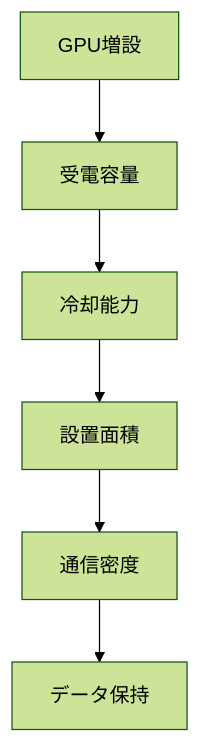
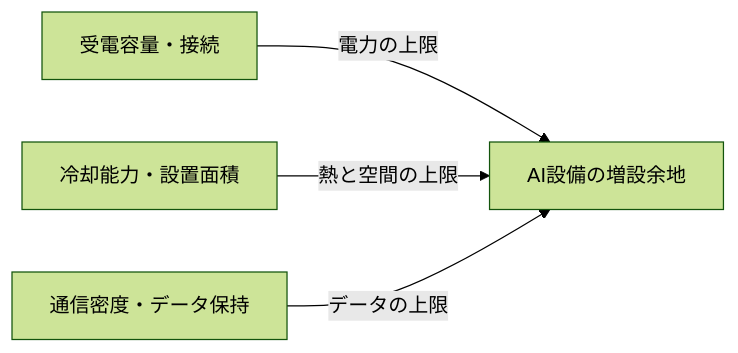
The second of 2 diagrams in articles/report/post-semiconductor-ai-infrastructure/ja/index.mdx (daylight55/research), drawn with Mermaid (forest theme) before and after one commit. The commit also changed other lines of this file and 181 other files, not shown here.

First line of the commit message:
全記事の図解368点を再生成し、共通注意書きを削除 (#402)

````diff
--- a/articles/report/post-semiconductor-ai-infrastructure/ja/index.mdx
+++ b/articles/report/post-semiconductor-ai-infrastructure/ja/index.mdx
@@ -50,8 +61,12 @@
 ```mermaid
-flowchart TD
-  A["GPU増設"] --> B["受電容量"]
-  B --> C["冷却能力"]
-  C --> D["設置面積"]
-  D --> E["通信密度"]
-  E --> F["データ保持"]
+flowchart LR
+  accTitle: AI設備のボトルネックを用途で点検する
+  accDescr: 受電、熱処理、設置面積、データ移動、保持容量を分け、どの制約が増設を止めるか確認する。
+  N0["受電容量・接続"]
+  N1["冷却能力・設置面積"]
+  N2["通信密度・データ保持"]
+  N3["AI設備の増設余地"]
+  N0 -->|電力の上限| N3
+  N1 -->|熱と空間の上限| N3
+  N2 -->|データの上限| N3
 ```
````
